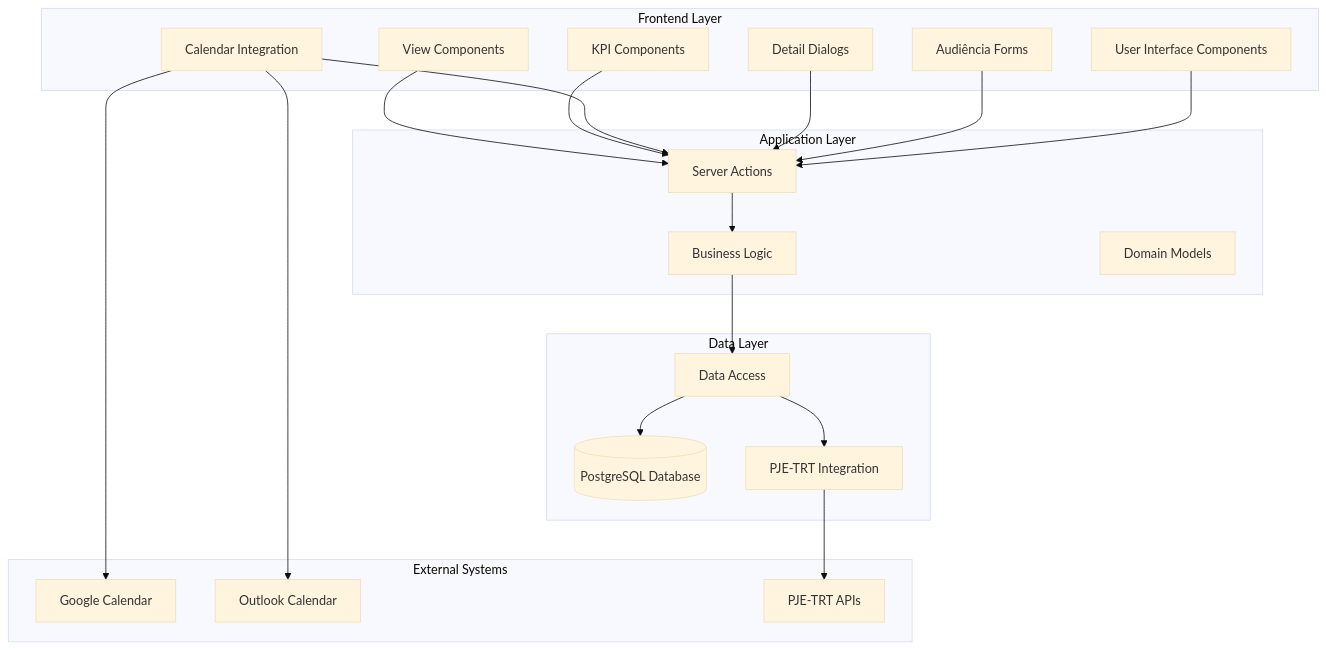
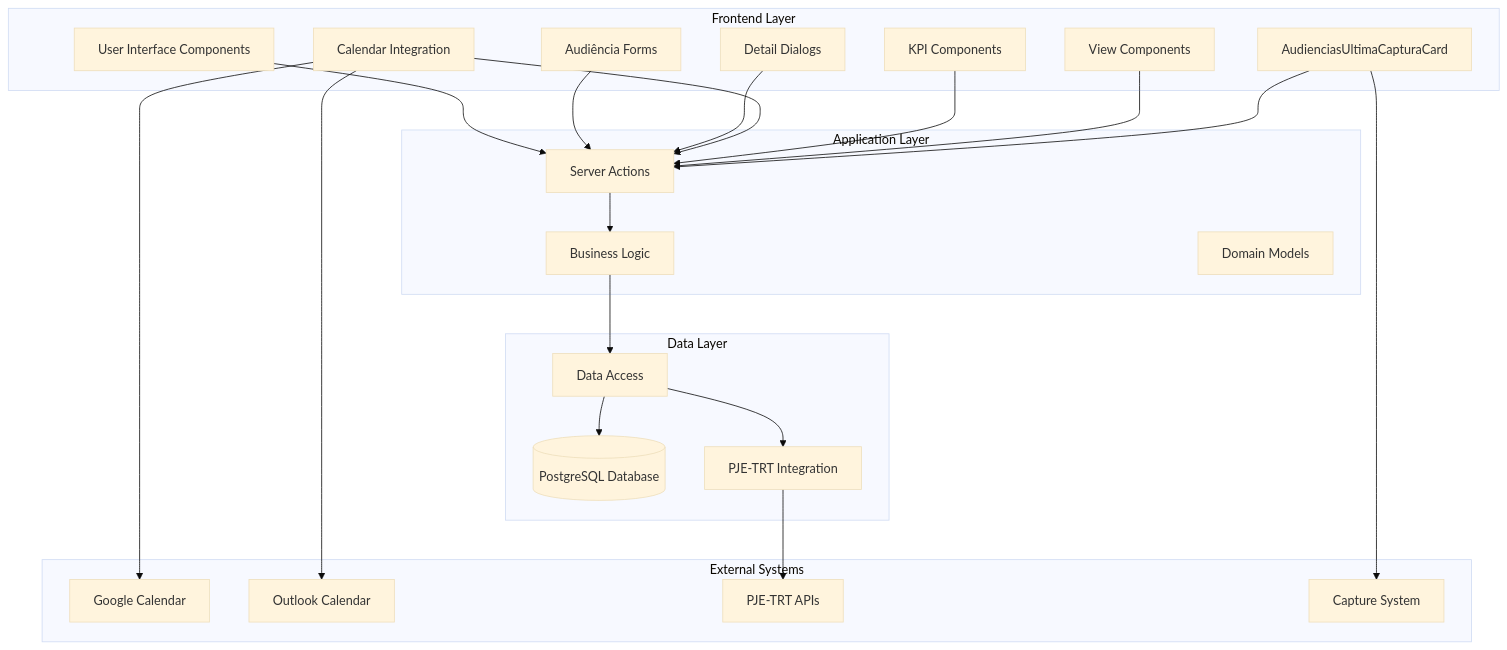
One commit to SinesysTech/zattar-os changed the first of 15 diagrams in .qoder/repowiki/en/content/Audiência Management.md. Above: the diagram before and after it, drawn with Mermaid (base theme). The commit also changed other lines of this file and 15 other files, not shown here.

Commit message:
chore(db): regenerar types após adicionar ultima_captura_id à view audiencias_com_origem

````diff
--- a/.qoder/repowiki/en/content/Audiência Management.md
+++ b/.qoder/repowiki/en/content/Audiência Management.md
@@ -53,39 +58,43 @@
 ```mermaid
 graph TB
 subgraph "Frontend Layer"
 UI[User Interface Components]
 Forms[Audiência Forms]
 Dialogs[Detail Dialogs]
 Calendar[Calendar Integration]
 KPI[KPI Components]
 Views[View Components]
+CaptureCard[AudienciasUltimaCapturaCard]
 end
 subgraph "Application Layer"
 Actions[Server Actions]
 Services[Business Logic]
 Domain[Domain Models]
 end
 subgraph "Data Layer"
 Repository[Data Access]
 Database[(PostgreSQL Database)]
 PJE[PJE-TRT Integration]
 end
 subgraph "External Systems"
 GoogleCalendar[Google Calendar]
 Outlook[Outlook Calendar]
 PJE_API[PJE-TRT APIs]
+CaptureSystem[Capture System]
 end
 UI --> Actions
 Forms --> Actions
 Dialogs --> Actions
 Calendar --> Actions
 KPI --> Actions
 Views --> Actions
+CaptureCard --> Actions
 Actions --> Services
 Services --> Repository
 Repository --> Database
 Repository --> PJE
 PJE --> PJE_API
+CaptureCard --> CaptureSystem
 Calendar --> GoogleCalendar
 Calendar --> Outlook
 ```
````
